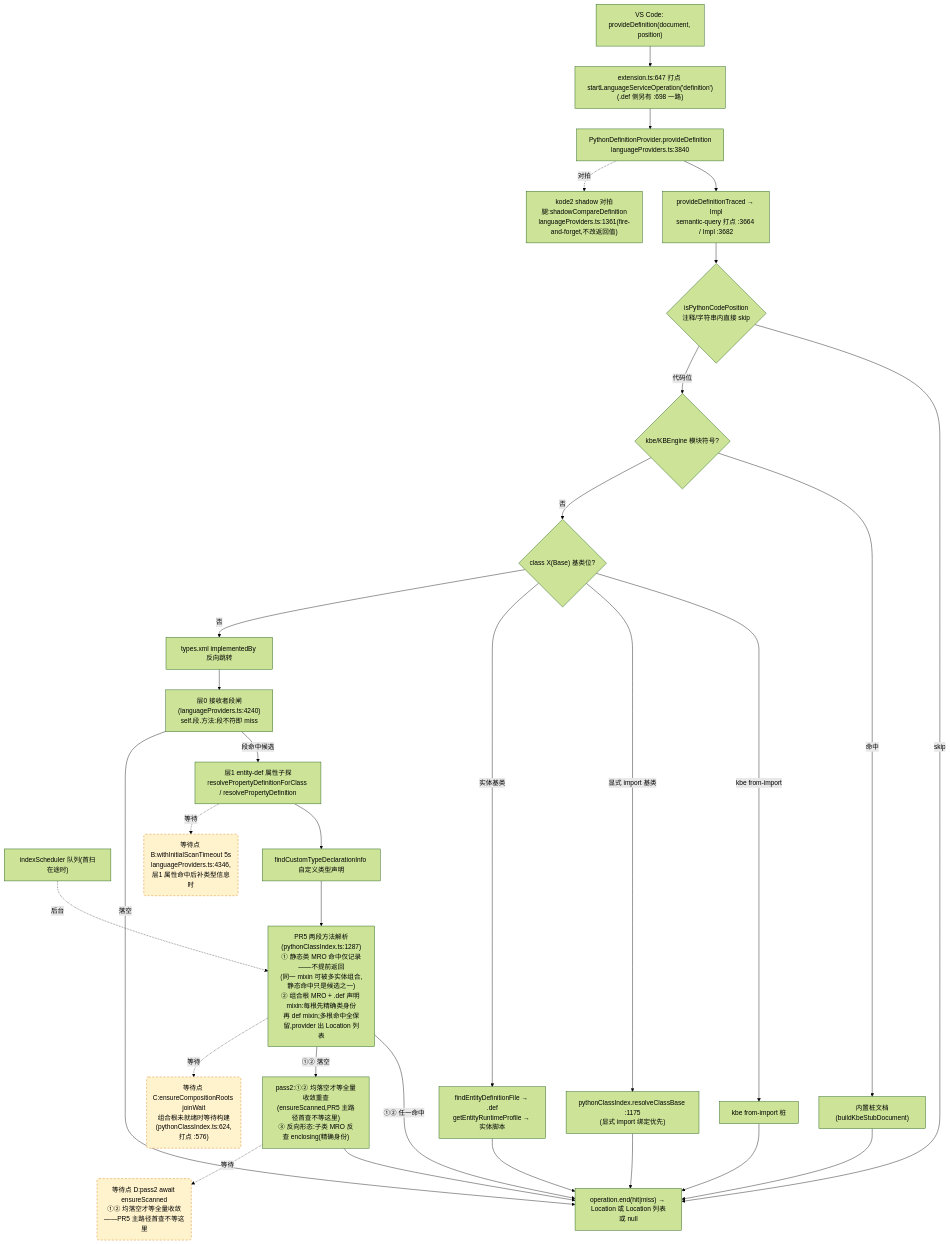
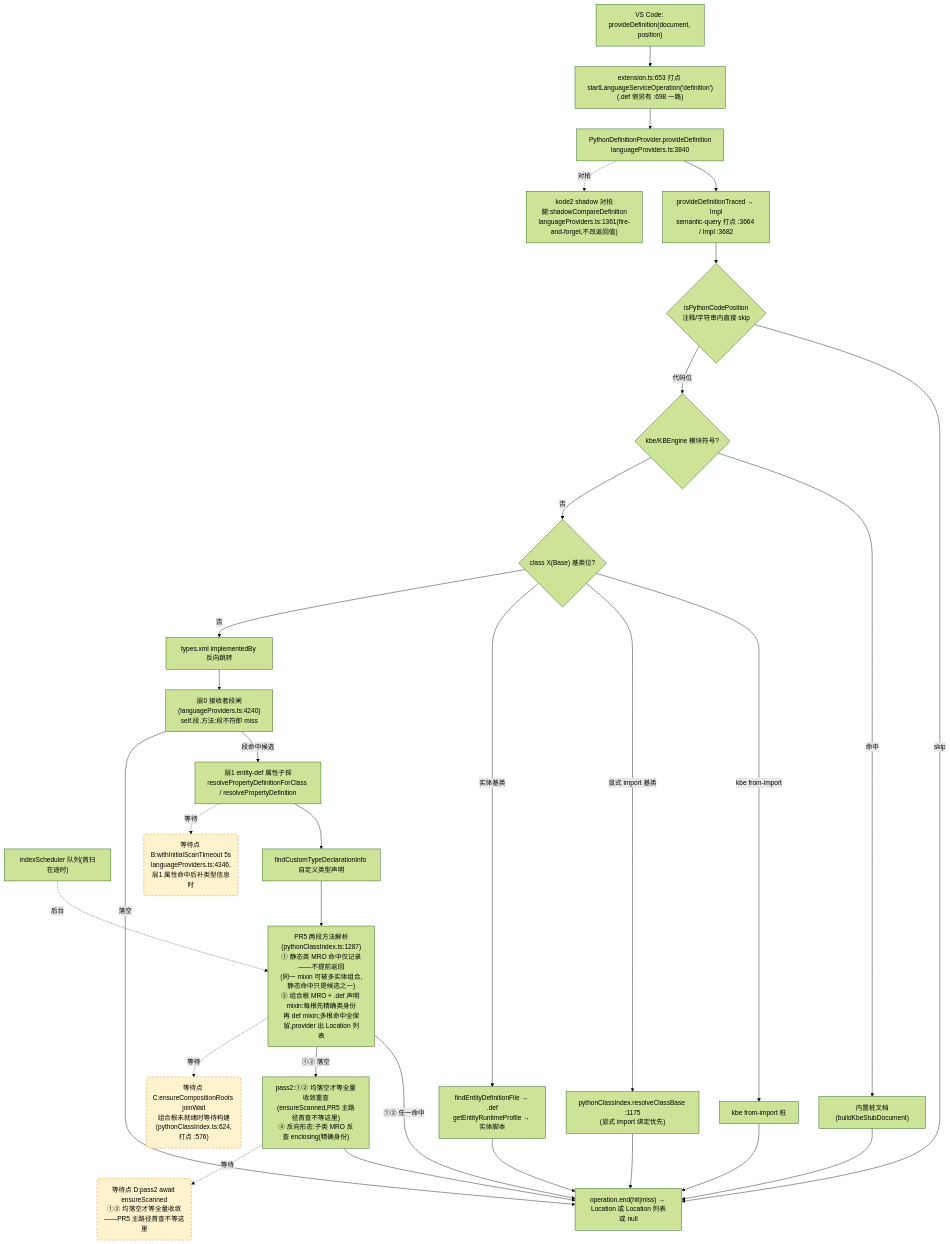
The second of 4 diagrams in docs/perf/2026-baseline.md (cuihairu/kode), drawn with Mermaid (forest theme) before and after one commit. The commit also changed other lines of this file and 13 other files, not shown here.

````diff
--- a/docs/perf/2026-baseline.md
+++ b/docs/perf/2026-baseline.md
@@ -130,51 +130,51 @@
 ```mermaid
 flowchart TD
   VC2["VS Code: provideDefinition(document, position)"]
-  M2["extension.ts:647 打点 startLanguageServiceOperation('definition')<br/>(.def 侧另有 :698 一路)"]
+  M2["extension.ts:653 打点 startLanguageServiceOperation('definition')<br/>(.def 侧另有 :698 一路)"]
   AD2["PythonDefinitionProvider.provideDefinition<br/>languageProviders.ts:3840"]
   TR["provideDefinitionTraced → Impl<br/>semantic-query 打点 :3664 / Impl :3682"]
   CTX{"isPythonCodePosition<br/>注释/字符串内直接 skip"}
   KBE{"kbe/KBEngine 模块符号?"}
   STUB["内置桩文档(buildKbeStubDocument)"]
   CB{"class X(Base) 基类位?"}
   CB1["kbe from-import 桩"]
   CB2["pythonClassIndex.resolveClassBase :1175<br/>(显式 import 绑定优先)"]
   CB3["findEntityDefinitionFile → .def<br/>getEntityRuntimeProfile → 实体脚本"]
   REV["types.xml implementedBy 反向跳转"]
   L0["层0 接收者段闸(languageProviders.ts:4240)<br/>self.段.方法:段不符即 miss"]
   L1["层1 entity-def 属性子探<br/>resolvePropertyDefinitionForClass / resolvePropertyDefinition"]
   SCAN["indexScheduler 队列(首扫在途时)"]
   TY["findCustomTypeDeclarationInfo 自定义类型声明"]
   MRO["PR5 两段方法解析(pythonClassIndex.ts:1287)<br/>① 静态类 MRO 命中仅记录——不提前返回<br/>(同一 mixin 可被多实体组合,静态命中只是候选之一)<br/>② 组合根 MRO + .def 声明 mixin:每根先精确类身份<br/>再 def mixin;多根命中全保留,provider 出 Location 列表"]
   PASS2["pass2:①② 均落空才等全量收敛重查<br/>(ensureScanned,PR5 主路径首查不等这里)<br/>③ 反向形态:子类 MRO 反查 enclosing(精确身份)"]
   SHD["kode2 shadow 对拍腿:shadowCompareDefinition<br/>languageProviders.ts:1361(fire-and-forget,不改返回值)"]
   END2["operation.end(hit|miss) → Location 或 Location 列表或 null"]
 
   VC2 --> M2 --> AD2 --> TR --> CTX
   CTX -- "skip" --> END2
   CTX -- "代码位" --> KBE
   KBE -- "命中" --> STUB --> END2
   KBE -- "否" --> CB
   CB -- "kbe from-import" --> CB1 --> END2
   CB -- "显式 import 基类" --> CB2 --> END2
   CB -- "实体基类" --> CB3 --> END2
   CB -- "否" --> REV --> L0
   L0 -- "段命中候选" --> L1
   L0 -- "落空" --> END2
   L1 --> TY
   TY --> MRO
   MRO -- "①② 任一命中" --> END2
   MRO -- "①② 落空" --> PASS2 --> END2
   AD2 -.->|对拍| SHD
 
   WAITB("等待点 B:withInitialScanTimeout 5s<br/>languageProviders.ts:4346,层1 属性命中后补类型信息时")
   WAITC("等待点 C:ensureCompositionRoots joinWait<br/>组合根未就绪时等待构建(pythonClassIndex.ts:624,打点 :576)")
   WAITD("等待点 D:pass2 await ensureScanned<br/>①② 均落空才等全量收敛——PR5 主路径首查不等这里")
   L1 -.->|等待| WAITB
   MRO -.->|等待| WAITC
   PASS2 -.->|等待| WAITD
   SCAN -.->|后台| MRO
 
   classDef waitPoint fill:#fff3cd,stroke:#d97706,stroke-dasharray:5 4;
   class WAITB,WAITC,WAITD waitPoint;
 ```
````
